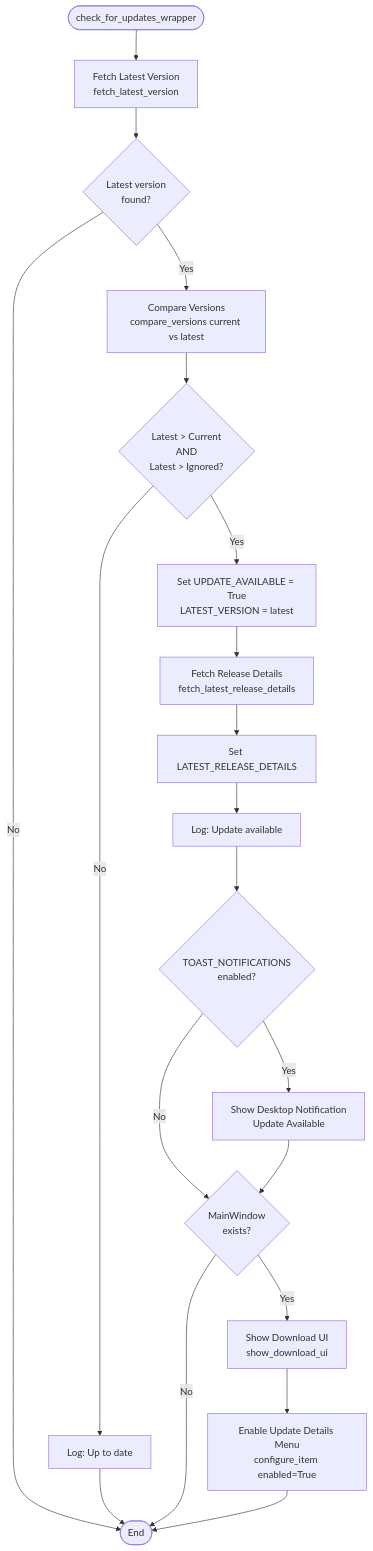
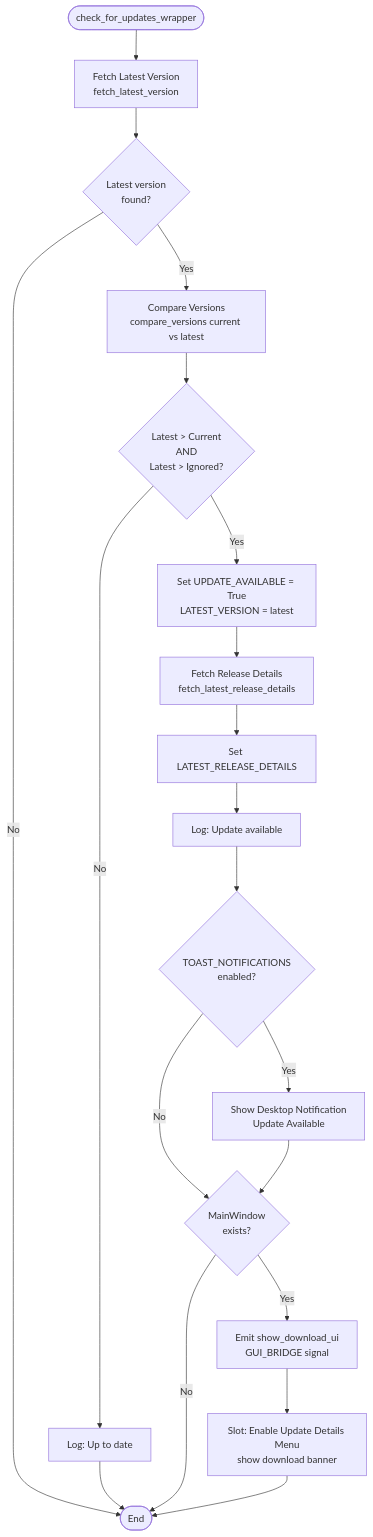
One commit to StroepWafel/LYTE changed the tenth of 12 diagrams in PROGRAM_FLOW.md. Above: the diagram before and after it, drawn with Mermaid. The commit also changed other lines of this file and 19 other files, not shown here.

````diff
--- a/PROGRAM_FLOW.md
+++ b/PROGRAM_FLOW.md
@@ -321,25 +315,25 @@
 ```mermaid
 flowchart TD
     Start([check_for_updates_wrapper]) --> FetchVersion[Fetch Latest Version<br/>fetch_latest_version]
     FetchVersion --> HasVersion{Latest version<br/>found?}
     HasVersion -->|No| End([End])
     HasVersion -->|Yes| CompareVersions[Compare Versions<br/>compare_versions current vs latest]
     
     CompareVersions --> CheckIgnored{Latest > Current<br/>AND<br/>Latest > Ignored?}
     CheckIgnored -->|No| LogUpToDate[Log: Up to date]
     LogUpToDate --> End
     CheckIgnored -->|Yes| SetUpdateState[Set UPDATE_AVAILABLE = True<br/>LATEST_VERSION = latest]
     SetUpdateState --> FetchDetails[Fetch Release Details<br/>fetch_latest_release_details]
     FetchDetails --> SetDetails[Set LATEST_RELEASE_DETAILS]
     SetDetails --> LogUpdate[Log: Update available]
     LogUpdate --> CheckToast{TOAST_NOTIFICATIONS<br/>enabled?}
     
     CheckToast -->|Yes| ShowToast[Show Desktop Notification<br/>Update Available]
     CheckToast -->|No| CheckGUI
     ShowToast --> CheckGUI{MainWindow<br/>exists?}
     
-    CheckGUI -->|Yes| ShowUI[Show Download UI<br/>show_download_ui]
+    CheckGUI -->|Yes| EmitSignal[Emit show_download_ui<br/>GUI_BRIDGE signal]
     CheckGUI -->|No| End
-    ShowUI --> EnableMenu[Enable Update Details Menu<br/>configure_item enabled=True]
+    EmitSignal --> EnableMenu[Slot: Enable Update Details Menu<br/>show download banner]
     EnableMenu --> End
 ```
````
